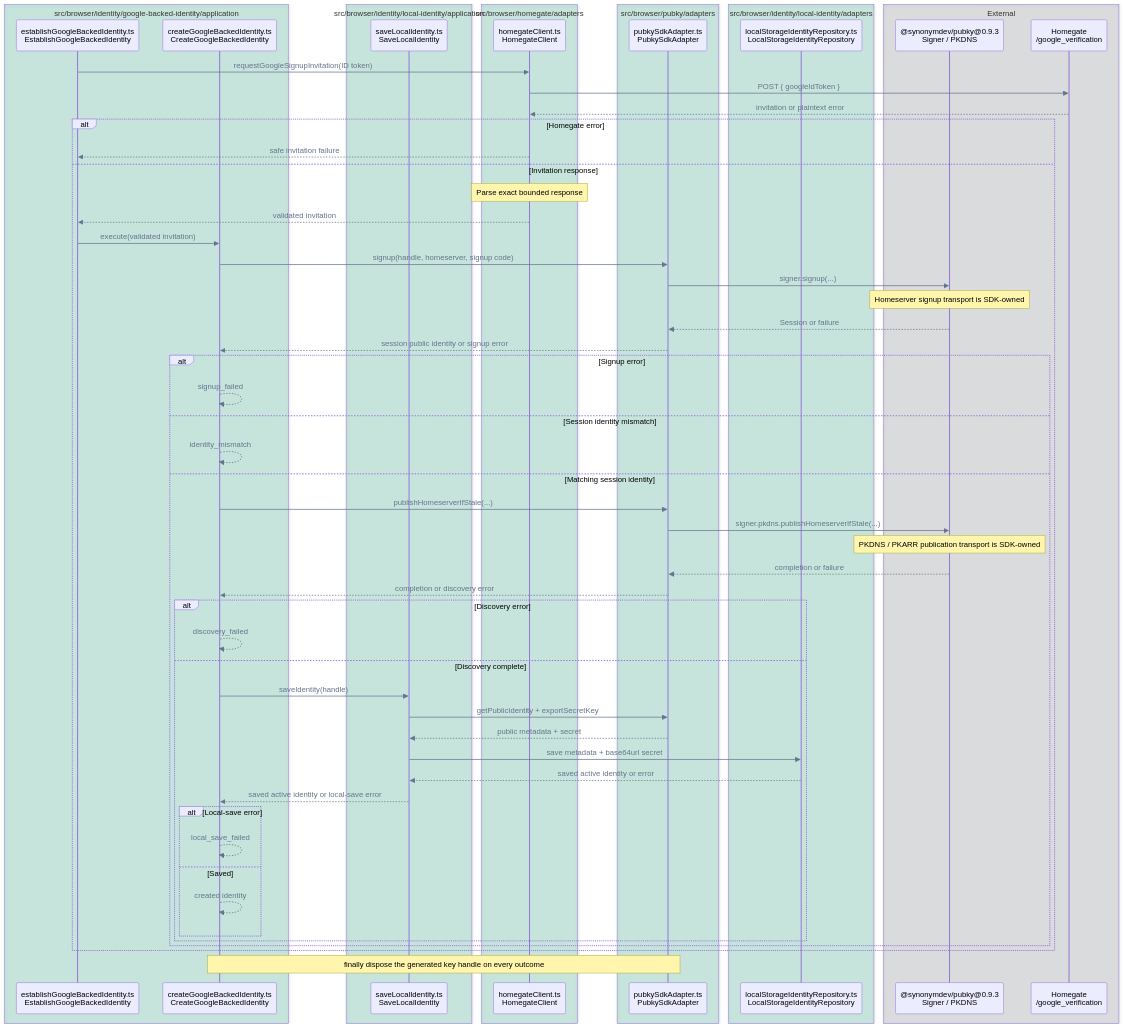
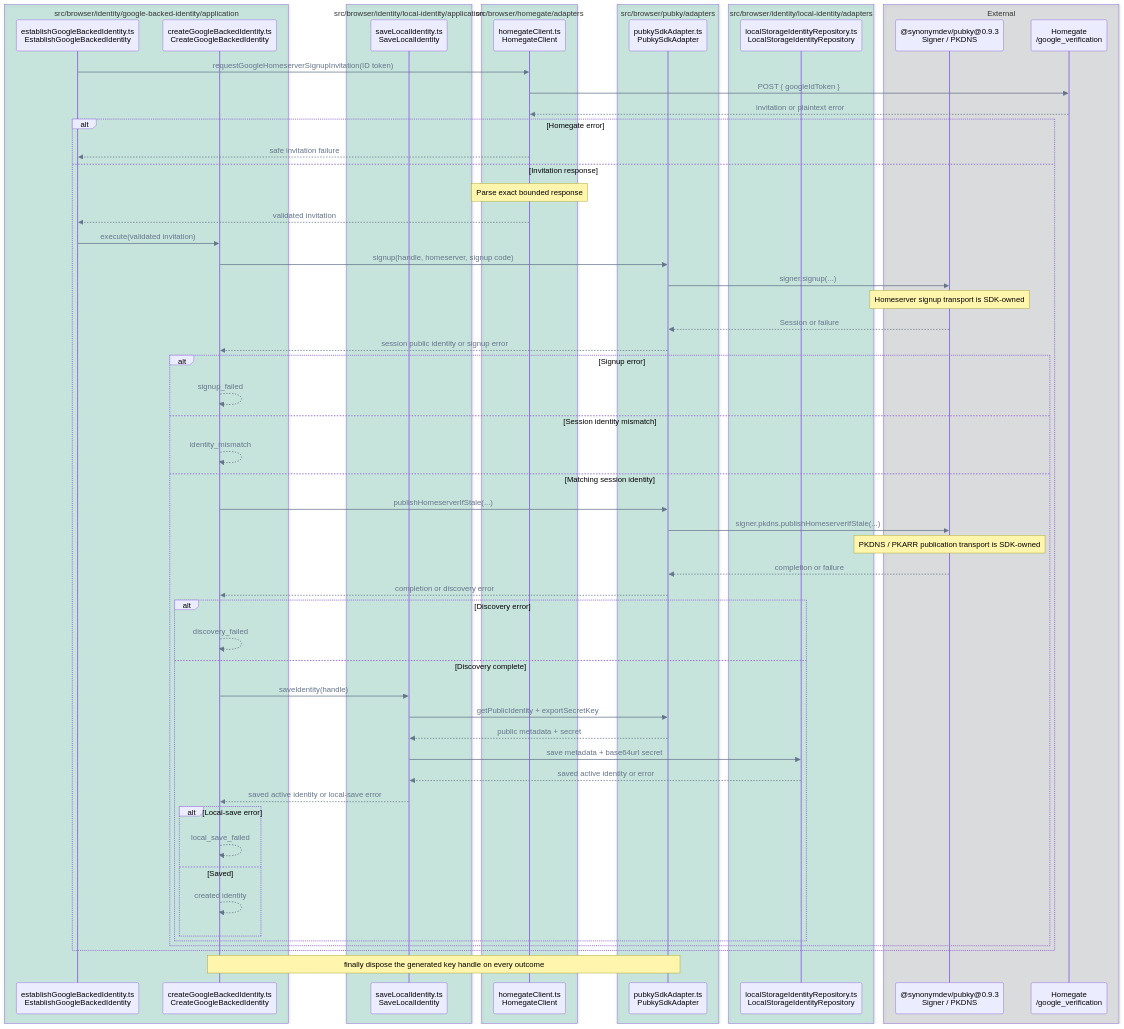
Diagram 11 of 14 in FLOWS.md (pubky/pubky-passport), drawn with Mermaid before and after one commit. The commit also changed other lines of this file and 56 other files, not shown here.

Commit message:
refactor: clarify Google-backed identity boundaries

````diff
--- a/FLOWS.md
+++ b/FLOWS.md
@@ -562,69 +571,69 @@
 ```mermaid
 %%{init: {"themeVariables": {"signalColor": "#64748B", "signalTextColor": "#64748B"}}}%%
 sequenceDiagram
     accTitle: Missing identity activation and local save call flow
-    accDescr: EstablishGoogleBackedIdentity requests a Homegate invitation, then CreateGoogleBackedIdentity signs up, verifies, publishes discovery, and saves in order; each failure stops later stages and the generated key handle is always disposed.
+    accDescr: EstablishGoogleBackedIdentity requests a homeserver signup invitation, then CreateGoogleBackedIdentity signs up, verifies, publishes discovery, and saves in order; each failure stops later stages and the generated key handle is always disposed.
     box rgba(0, 158, 115, 0.18) src/browser/identity/google-backed-identity/application
         participant Establish as establishGoogleBackedIdentity.ts<br/>EstablishGoogleBackedIdentity
         participant Creator as createGoogleBackedIdentity.ts<br/>CreateGoogleBackedIdentity
     end
     box rgba(0, 158, 115, 0.18) src/browser/identity/local-identity/application
         participant Local as saveLocalIdentity.ts<br/>SaveLocalIdentity
     end
     box rgba(0, 158, 115, 0.18) src/browser/homegate/adapters
         participant Invite as homegateClient.ts<br/>HomegateClient
     end
     box rgba(0, 158, 115, 0.18) src/browser/pubky/adapters
         participant Pubky as pubkySdkAdapter.ts<br/>PubkySdkAdapter
     end
     box rgba(0, 158, 115, 0.18) src/browser/identity/local-identity/adapters
         participant Repo as localStorageIdentityRepository.ts<br/>LocalStorageIdentityRepository
     end
     box rgba(17, 24, 39, 0.12) External
         participant SDK as @synonymdev/pubky@0.9.3<br/>Signer / PKDNS
         participant Homegate as Homegate<br/>/google_verification
     end
 
-    Establish->>Invite: requestGoogleSignupInvitation(ID token)
+    Establish->>Invite: requestGoogleHomeserverSignupInvitation(ID token)
     Invite->>Homegate: POST { googleIdToken }
     Homegate-->>Invite: invitation or plaintext error
     alt Homegate error
         Invite-->>Establish: safe invitation failure
     else Invitation response
         Note over Invite: Parse exact bounded response
         Invite-->>Establish: validated invitation
         Establish->>Creator: execute(validated invitation)
         Creator->>Pubky: signup(handle, homeserver, signup code)
         Pubky->>SDK: signer.signup(...)
         Note over SDK: Homeserver signup transport is SDK-owned
         SDK-->>Pubky: Session or failure
         Pubky-->>Creator: session public identity or signup error
         alt Signup error
             Creator-->>Creator: signup_failed
         else Session identity mismatch
             Creator-->>Creator: identity_mismatch
         else Matching session identity
             Creator->>Pubky: publishHomeserverIfStale(...)
             Pubky->>SDK: signer.pkdns.publishHomeserverIfStale(...)
             Note over SDK: PKDNS / PKARR publication transport is SDK-owned
             SDK-->>Pubky: completion or failure
             Pubky-->>Creator: completion or discovery error
             alt Discovery error
                 Creator-->>Creator: discovery_failed
             else Discovery complete
                 Creator->>Local: saveIdentity(handle)
                 Local->>Pubky: getPublicIdentity + exportSecretKey
                 Pubky-->>Local: public metadata + secret
                 Local->>Repo: save metadata + base64url secret
                 Repo-->>Local: saved active identity or error
                 Local-->>Creator: saved active identity or local-save error
                 alt Local-save error
                     Creator-->>Creator: local_save_failed
                 else Saved
                     Creator-->>Creator: created identity
                 end
             end
         end
     end
     Note over Creator,Pubky: finally dispose the generated key handle on every outcome
 ```
````
